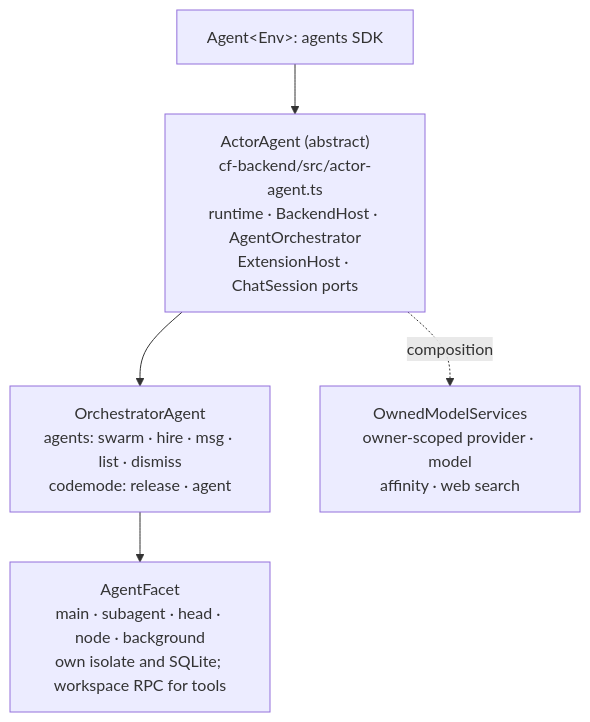
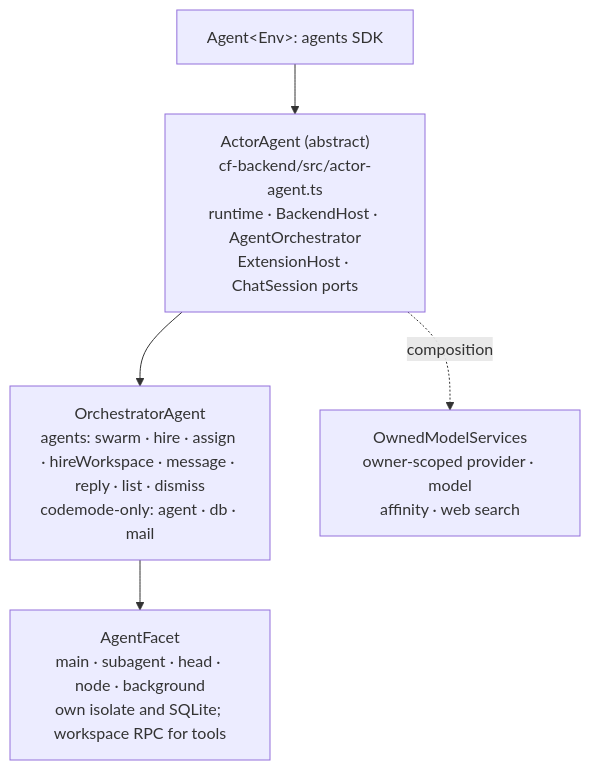
One commit to AshishKumar4/kinu changed the second of 5 diagrams in docs/ARCHITECTURE.md. Above: the diagram before and after it, drawn with Mermaid. The commit also changed other lines of this file and 36 other files, not shown here.

First line of the commit message:
docs: the architecture diagrams say what the code does

````diff
--- a/docs/ARCHITECTURE.md
+++ b/docs/ARCHITECTURE.md
@@ -70,13 +70,13 @@
 ```mermaid
 graph TB
     A["Agent&lt;Env&gt;: agents SDK"]
     AA["ActorAgent (abstract)<br/>cf-backend/src/actor-agent.ts<br/>runtime · BackendHost · AgentOrchestrator<br/>ExtensionHost · ChatSession ports"]
-    O["OrchestratorAgent<br/>agents: swarm · hire · msg · list · dismiss<br/>codemode: release · agent"]
+    O["OrchestratorAgent<br/>agents: swarm · hire · assign · hireWorkspace · message · reply · list · dismiss<br/>codemode-only: agent · db · mail"]
     H["AgentFacet<br/>main · subagent · head · node · background<br/>own isolate and SQLite; workspace RPC for tools"]
     OMS["OwnedModelServices<br/>owner-scoped provider · model<br/>affinity · web search"]
 
     A --> AA
     AA --> O
     O --> H
     AA -.->|composition| OMS
 ```
````
